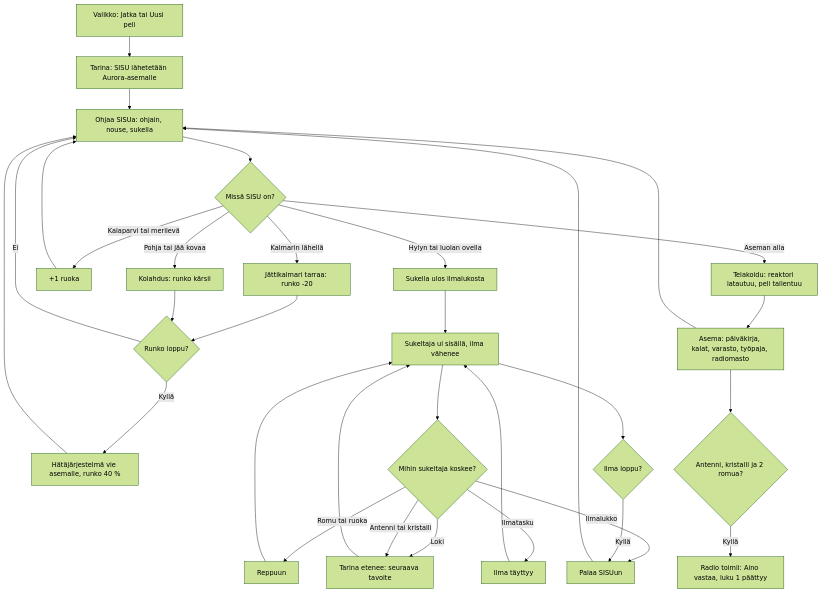
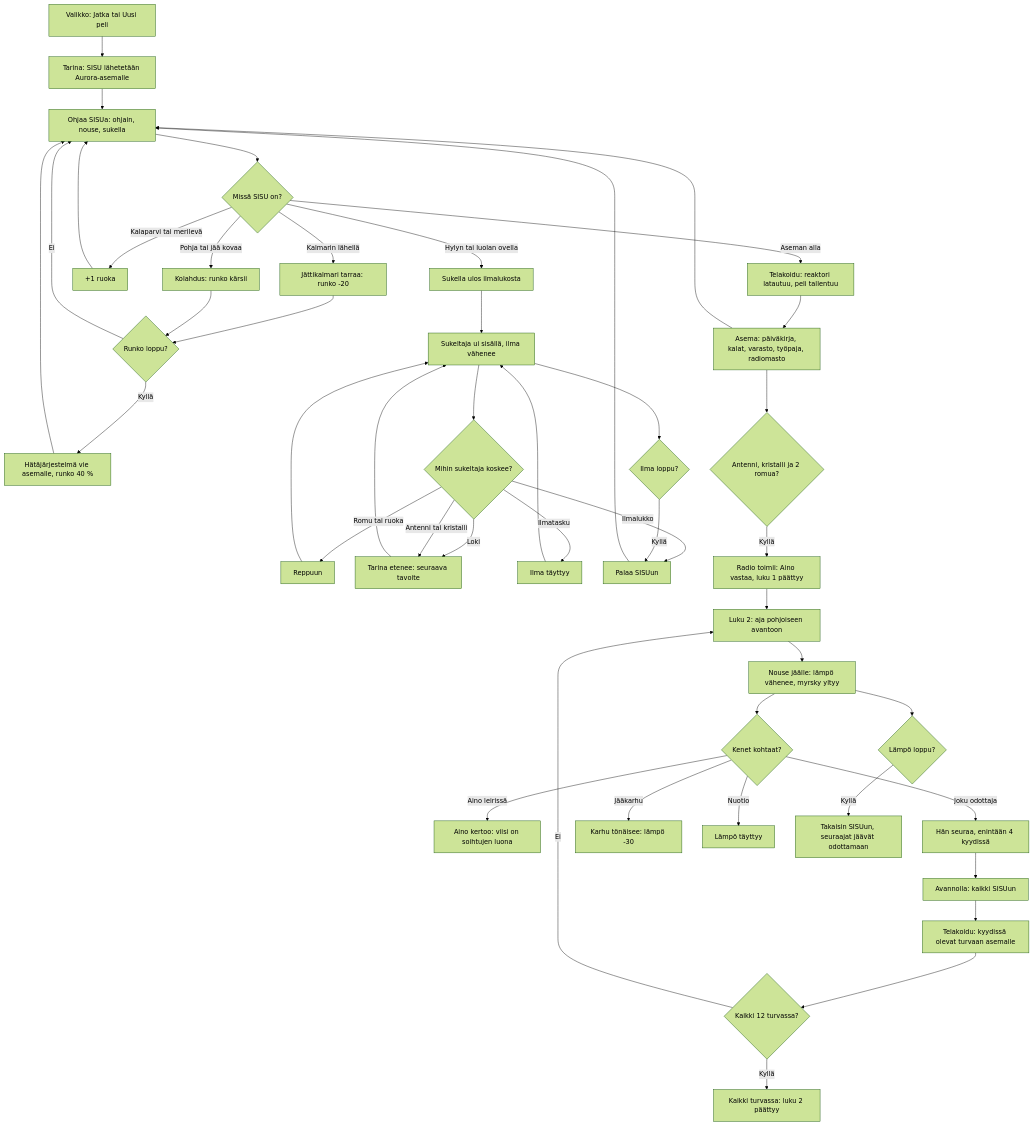
Before and after one commit to eerovil/ai-pelit: the diagram in docs/diagrams/jaan-alla.md, drawn with Mermaid (forest theme). The commit also changed other lines of this file and 4 other files, not shown here.

````diff
--- a/docs/diagrams/jaan-alla.md
+++ b/docs/diagrams/jaan-alla.md
@@ -9,40 +11,58 @@
 ```mermaid
 flowchart TD
   A[Valikko: Jatka tai Uusi peli] --> B[Tarina: SISU lähetetään Aurora-asemalle]
   B --> C[Ohjaa SISUa: ohjain, nouse, sukella]
   C --> D{Missä SISU on?}
   D -- Aseman alla --> E[Telakoidu: reaktori latautuu, peli tallentuu]
   E --> F[Asema: päiväkirja, kalat, varasto, työpaja, radiomasto]
   F --> C
   D -- Hylyn tai luolan ovella --> G[Sukella ulos ilmalukosta]
   D -- Kalaparvi tai merilevä --> H[+1 ruoka]
   D -- Kalmarin lähellä --> I[Jättikalmari tarraa: runko -20]
   D -- Pohja tai jää kovaa --> J[Kolahdus: runko kärsii]
   H --> C
   I --> K{Runko loppu?}
   J --> K
   K -- Ei --> C
   K -- Kyllä --> L[Hätäjärjestelmä vie asemalle, runko 40 %]
   L --> C
   G --> M[Sukeltaja ui sisällä, ilma vähenee]
   M --> N{Mihin sukeltaja koskee?}
   N -- Romu tai ruoka --> O[Reppuun]
   N -- Loki --> P[Tarina etenee: seuraava tavoite]
   N -- Antenni tai kristalli --> P
   N -- Ilmatasku --> Q[Ilma täyttyy]
   N -- Ilmalukko --> R[Palaa SISUun]
   O --> M
   P --> M
   Q --> M
   M --> S{Ilma loppu?}
   S -- Kyllä --> R
   R --> C
   F --> T{Antenni, kristalli ja 2 romua?}
   T -- Kyllä --> U[Radio toimii: Aino vastaa, luku 1 päättyy]
+  U --> V[Luku 2: aja pohjoiseen avantoon]
+  V --> W[Nouse jäälle: lämpö vähenee, myrsky yltyy]
+  W --> X{Kenet kohtaat?}
+  X -- Aino leirissä --> Y[Aino kertoo: viisi on soihtujen luona]
+  X -- Joku odottaja --> Z[Hän seuraa, enintään 4 kyydissä]
+  X -- Jääkarhu --> AA[Karhu tönäisee: lämpö -30]
+  X -- Nuotio --> AB[Lämpö täyttyy]
+  W --> AC{Lämpö loppu?}
+  AC -- Kyllä --> AD[Takaisin SISUun, seuraajat jäävät odottamaan]
+  Z --> AE[Avannolla: kaikki SISUun]
+  AE --> AF[Telakoidu: kyydissä olevat turvaan asemalle]
+  AF --> AG{Kaikki 12 turvassa?}
+  AG -- Ei --> V
+  AG -- Kyllä --> AH[Kaikki turvassa: luku 2 päättyy]
   class A,B,C blue
   class D,K,N,S,T amber
   class E,F,G,M,R teal
   class H,O,Q green
-  class P,U violet
+  class P,U,Y,AH violet
+  class V,W,AE,AF teal
+  class X,AC,AG amber
+  class Z,AB green
+  class AA,AD rose
   class I,J,L rose
 ```
````
